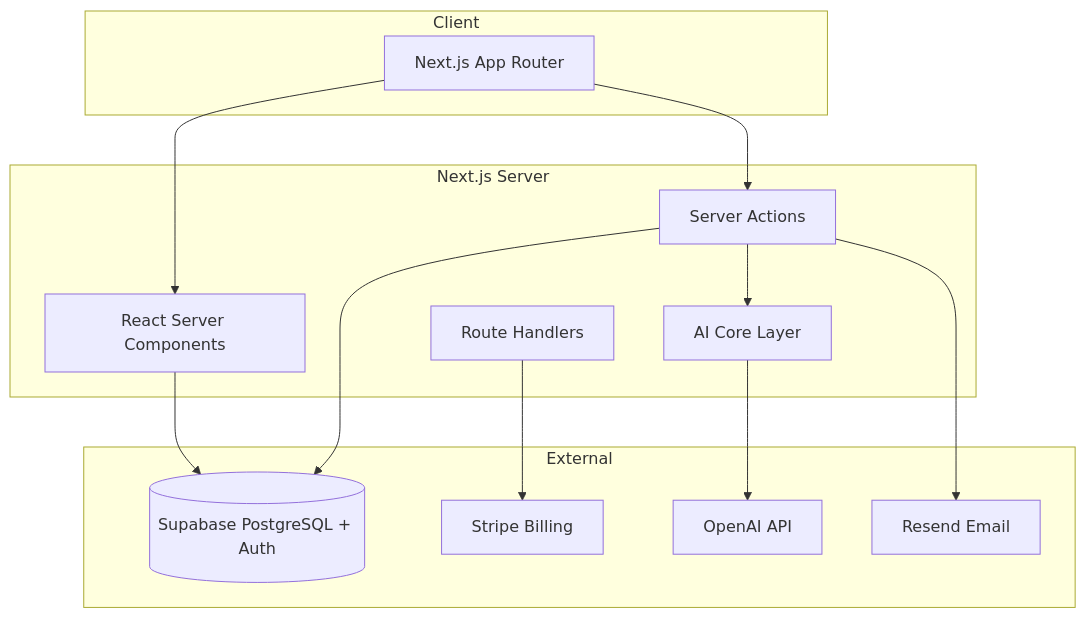
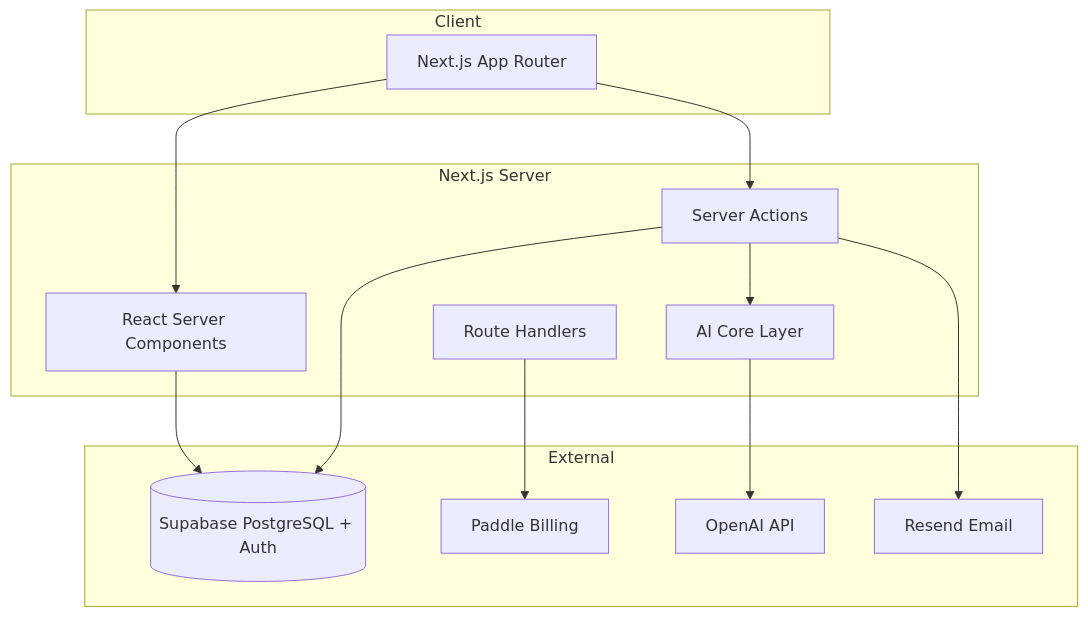
Before and after one commit to auronexis/auronexis-platform: the diagram in docs/architecture.md, drawn with Mermaid. The commit also changed other lines of this file and 567 other files, not shown here.

````diff
--- a/docs/architecture.md
+++ b/docs/architecture.md
@@ -9,29 +9,29 @@
 ```mermaid
 flowchart TB
   subgraph Client
     Browser[Next.js App Router]
   end
 
   subgraph Server["Next.js Server"]
     RSC[React Server Components]
     SA[Server Actions]
     API[Route Handlers]
     AI[AI Core Layer]
   end
 
   subgraph External
     Supabase[(Supabase PostgreSQL + Auth)]
-    Stripe[Stripe Billing]
+    Paddle[Paddle Billing]
     OpenAI[OpenAI API]
     Resend[Resend Email]
   end
 
   Browser --> RSC
   Browser --> SA
   RSC --> Supabase
   SA --> Supabase
   SA --> AI
   AI --> OpenAI
-  API --> Stripe
+  API --> Paddle
   SA --> Resend
 ```
````
